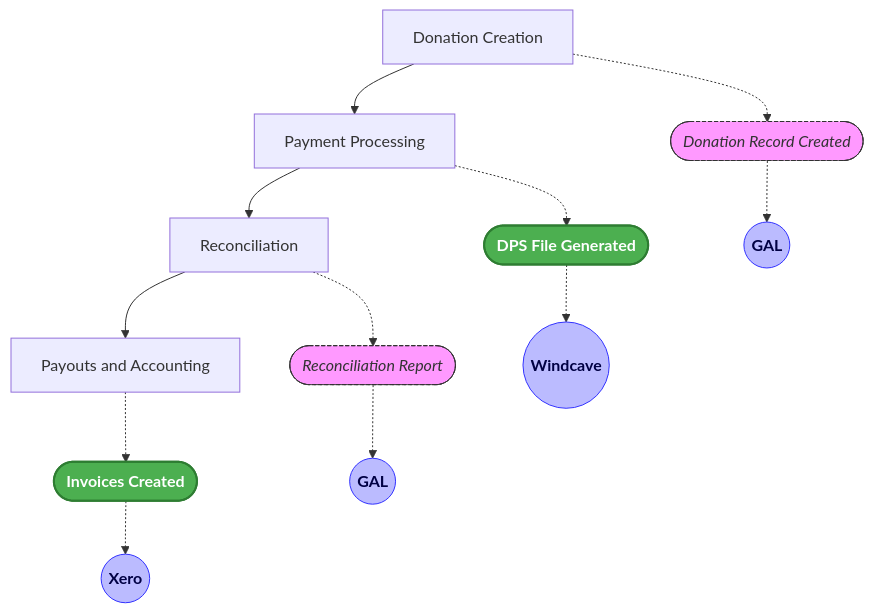
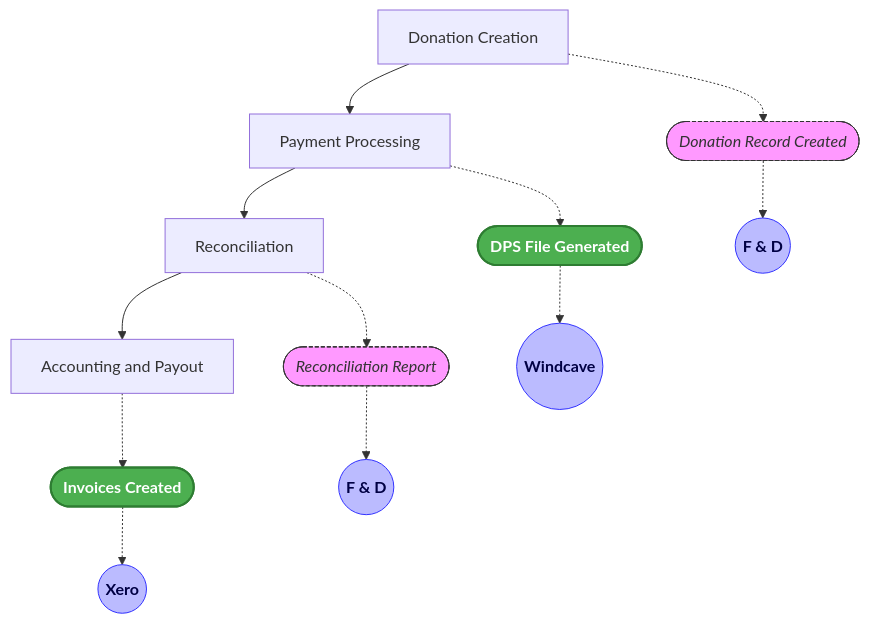
Before and after one commit to oninebx/blog: the second of 2 diagrams in _posts/2025-08-05-thinking-in-ddd-applying-ubiquitous-language-to-real-world-financial-workflows.md, drawn with Mermaid. The commit also changed other lines of this file, not shown here.

```diff
--- a/_posts/2025-08-05-thinking-in-ddd-applying-ubiquitous-language-to-real-world-financial-workflows.md
+++ b/_posts/2025-08-05-thinking-in-ddd-applying-ubiquitous-language-to-real-world-financial-workflows.md
@@ -29,34 +45,34 @@
 <div class="mermaid">
 flowchart TD
 A[Donation Creation] --> B[Payment Processing]
     B --> C[Reconciliation]
-    C --> D[Payouts and Accounting]
+    C --> D[Accounting and Payout]
 
     A_remark([Donation Record Created])
     B_remark([DPS File Generated])
     C_remark([Reconciliation Report])
     D_remark([Invoices Created])
 
-    A_sys((GAL))
+    A_sys((F & D))
     B_sys((Windcave))
-    C_sys((GAL))
+    C_sys((F & D))
     D_sys((Xero))
 
     A -.-> A_remark
     B -.-> B_remark
     C -.-> C_remark
     D -.-> D_remark
 
     A_remark -.-> A_sys
     B_remark -.-> B_sys
     C_remark -.-> C_sys
     D_remark -.-> D_sys
 
     classDef remarkNode fill:#f9f,stroke:#333,stroke-dasharray: 4 2,color:#333,font-style:italic;
     classDef systemNode fill:#bbf,stroke:#33f,color:#004,font-weight:bold;
     classDef docButton fill:#4CAF50,stroke:#2E7D32,color:#fff,font-weight:bold,stroke-width:2,rx:8,ry:8,cursor:pointer;
 
     class A_remark,C_remark remarkNode;
     class B_remark,D_remark docButton;
     class A_sys,B_sys,C_sys,D_sys systemNode;
 </div>
```
